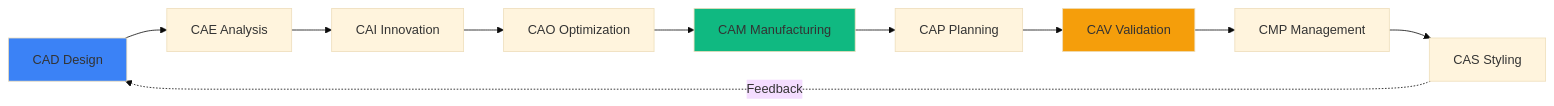
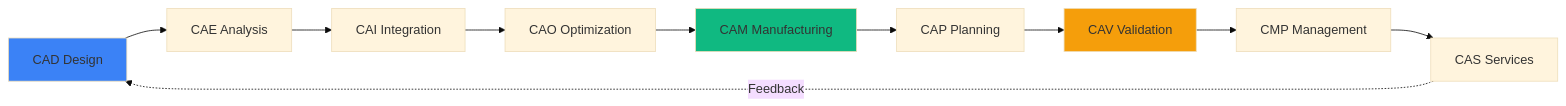
One commit to IDEALE-eu/IDEALEEU.EU changed the second of 2 diagrams in index.md. Above: the diagram before and after it, drawn with Mermaid (base theme). The commit also changed other lines of this file, not shown here.

Commit message:
Actualizar index.md

````diff
--- a/index.md
+++ b/index.md
@@ -112,16 +112,16 @@
 ```mermaid
 graph LR
     A[CAD Design] --> B[CAE Analysis]
-    B --> C[CAI Innovation]
+    B --> C[CAI Integration]
     C --> D[CAO Optimization]
     D --> E[CAM Manufacturing]
     E --> F[CAP Planning]
     F --> G[CAV Validation]
     G --> H[CMP Management]
-    H --> I[CAS Styling]
+    H --> I[CAS Services]
     I -.Feedback.-> A
     
     style A fill:#3B82F6
     style E fill:#10B981
     style G fill:#F59E0B
 ```
````
